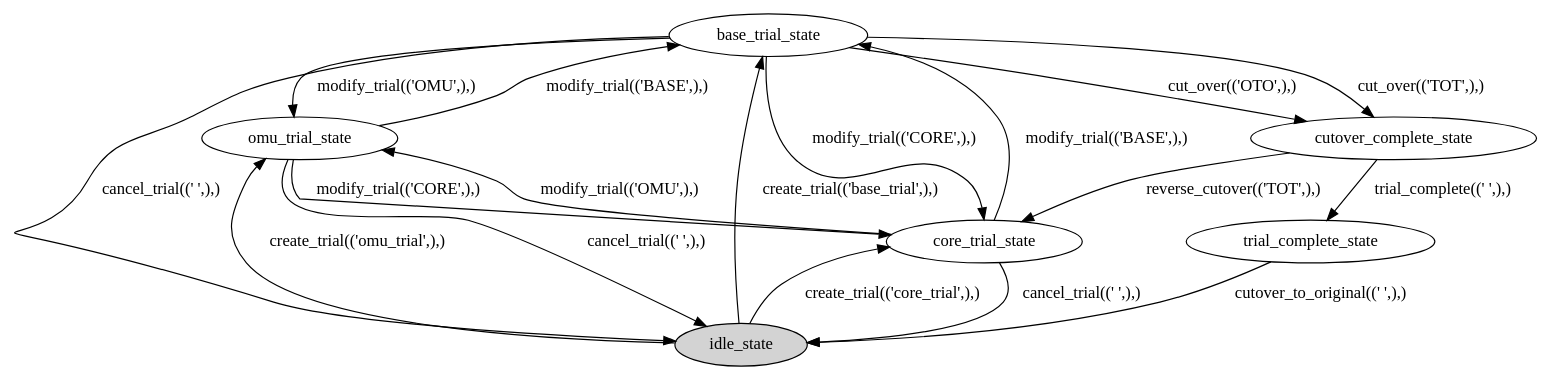
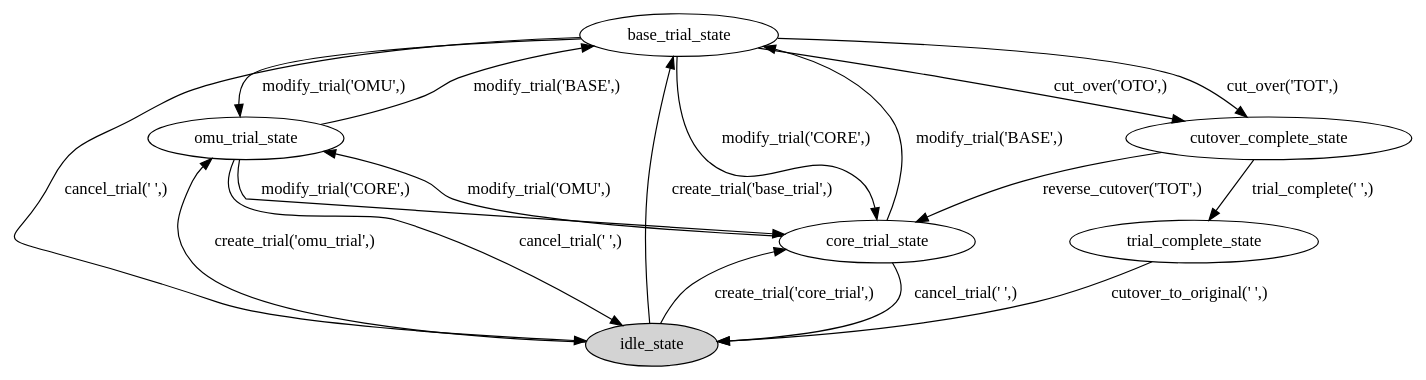
The diagram in src/robogenerator/example/TrialService/trial_state_machine.dot (blueenergy/robogenerator), drawn with Graphviz before and after one commit. The commit also changed 5 other files, not shown here.

Commit message:
support to draw dynamic graph when generating cases

```diff
--- a/src/robogenerator/example/TrialService/trial_state_machine.dot
+++ b/src/robogenerator/example/TrialService/trial_state_machine.dot
@@ -1,29 +1,29 @@
 digraph trial_state_machine {
 
   // Nodes
   base_trial_state [ style=filled, shape=ellipse, peripheries=1, fillcolor=white ]
   omu_trial_state [ style=filled, shape=ellipse, peripheries=1, fillcolor=white ]
   idle_state [ style=filled, shape=ellipse, peripheries=1, fillcolor=lightgray ]
   core_trial_state [ style=filled, shape=ellipse, peripheries=1, fillcolor=white ]
   trial_complete_state [ style=filled, shape=ellipse, peripheries=1, fillcolor=white ]
   cutover_complete_state [ style=filled, shape=ellipse, peripheries=1, fillcolor=white ]
 
   // Transitions
-  idle_state -> omu_trial_state [ label="create_trial(('omu_trial',),)", tooltip="create_trial(('omu_trial',),)" ]
-  idle_state -> core_trial_state [ label="create_trial(('core_trial',),)", tooltip="create_trial(('core_trial',),)" ]
-  idle_state -> base_trial_state [ label="create_trial(('base_trial',),)", tooltip="create_trial(('base_trial',),)" ]
-  omu_trial_state -> core_trial_state [ label="modify_trial(('CORE',),)", tooltip="modify_trial(('CORE',),)" ]
-  omu_trial_state -> base_trial_state [ label="modify_trial(('BASE',),)", tooltip="modify_trial(('BASE',),)" ]
-  omu_trial_state -> idle_state [ label="cancel_trial((' ',),)", tooltip="cancel_trial((' ',),)" ]
-  core_trial_state -> omu_trial_state [ label="modify_trial(('OMU',),)", tooltip="modify_trial(('OMU',),)" ]
-  core_trial_state -> base_trial_state [ label="modify_trial(('BASE',),)", tooltip="modify_trial(('BASE',),)" ]
-  core_trial_state -> idle_state [ label="cancel_trial((' ',),)", tooltip="cancel_trial((' ',),)" ]
-  base_trial_state -> omu_trial_state [ label="modify_trial(('OMU',),)", tooltip="modify_trial(('OMU',),)" ]
-  base_trial_state -> core_trial_state [ label="modify_trial(('CORE',),)", tooltip="modify_trial(('CORE',),)" ]
-  base_trial_state -> idle_state [ label="cancel_trial((' ',),)", tooltip="cancel_trial((' ',),)" ]
-  base_trial_state -> cutover_complete_state [ label="cut_over(('OTO',),)", tooltip="cut_over(('OTO',),)" ]
-  base_trial_state -> cutover_complete_state [ label="cut_over(('TOT',),)", tooltip="cut_over(('TOT',),)" ]
-  cutover_complete_state -> trial_complete_state [ label="trial_complete((' ',),)", tooltip="trial_complete((' ',),)" ]
-  cutover_complete_state -> core_trial_state [ label="reverse_cutover(('TOT',),)", tooltip="reverse_cutover(('TOT',),)" ]
-  trial_complete_state -> idle_state [ label="cutover_to_original((' ',),)", tooltip="cutover_to_original((' ',),)" ]
+  idle_state -> omu_trial_state [ label="create_trial('omu_trial',)", tooltip="create_trial('omu_trial',)",color="black"]
+  idle_state -> core_trial_state [ label="create_trial('core_trial',)", tooltip="create_trial('core_trial',)",color="black"]
+  idle_state -> base_trial_state [ label="create_trial('base_trial',)", tooltip="create_trial('base_trial',)",color="black"]
+  omu_trial_state -> core_trial_state [ label="modify_trial('CORE',)", tooltip="modify_trial('CORE',)",color="black"]
+  omu_trial_state -> base_trial_state [ label="modify_trial('BASE',)", tooltip="modify_trial('BASE',)",color="black"]
+  omu_trial_state -> idle_state [ label="cancel_trial(' ',)", tooltip="cancel_trial(' ',)",color="black"]
+  core_trial_state -> omu_trial_state [ label="modify_trial('OMU',)", tooltip="modify_trial('OMU',)",color="black"]
+  core_trial_state -> base_trial_state [ label="modify_trial('BASE',)", tooltip="modify_trial('BASE',)",color="black"]
+  core_trial_state -> idle_state [ label="cancel_trial(' ',)", tooltip="cancel_trial(' ',)",color="black"]
+  base_trial_state -> omu_trial_state [ label="modify_trial('OMU',)", tooltip="modify_trial('OMU',)",color="black"]
+  base_trial_state -> core_trial_state [ label="modify_trial('CORE',)", tooltip="modify_trial('CORE',)",color="black"]
+  base_trial_state -> idle_state [ label="cancel_trial(' ',)", tooltip="cancel_trial(' ',)",color="black"]
+  base_trial_state -> cutover_complete_state [ label="cut_over('OTO',)", tooltip="cut_over('OTO',)",color="black"]
+  base_trial_state -> cutover_complete_state [ label="cut_over('TOT',)", tooltip="cut_over('TOT',)",color="black"]
+  cutover_complete_state -> trial_complete_state [ label="trial_complete(' ',)", tooltip="trial_complete(' ',)",color="black"]
+  cutover_complete_state -> core_trial_state [ label="reverse_cutover('TOT',)", tooltip="reverse_cutover('TOT',)",color="black"]
+  trial_complete_state -> idle_state [ label="cutover_to_original(' ',)", tooltip="cutover_to_original(' ',)",color="black"]
 }
```
